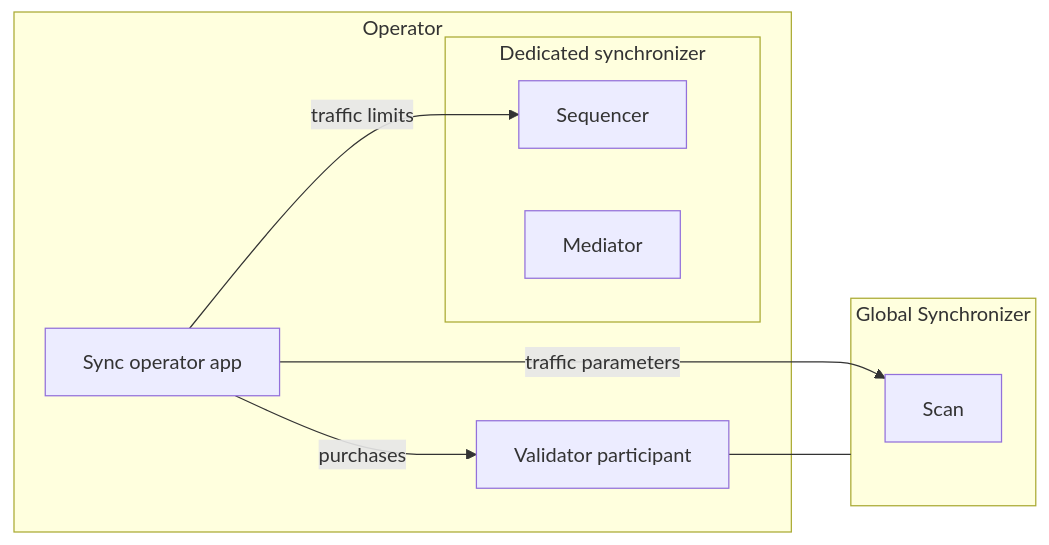
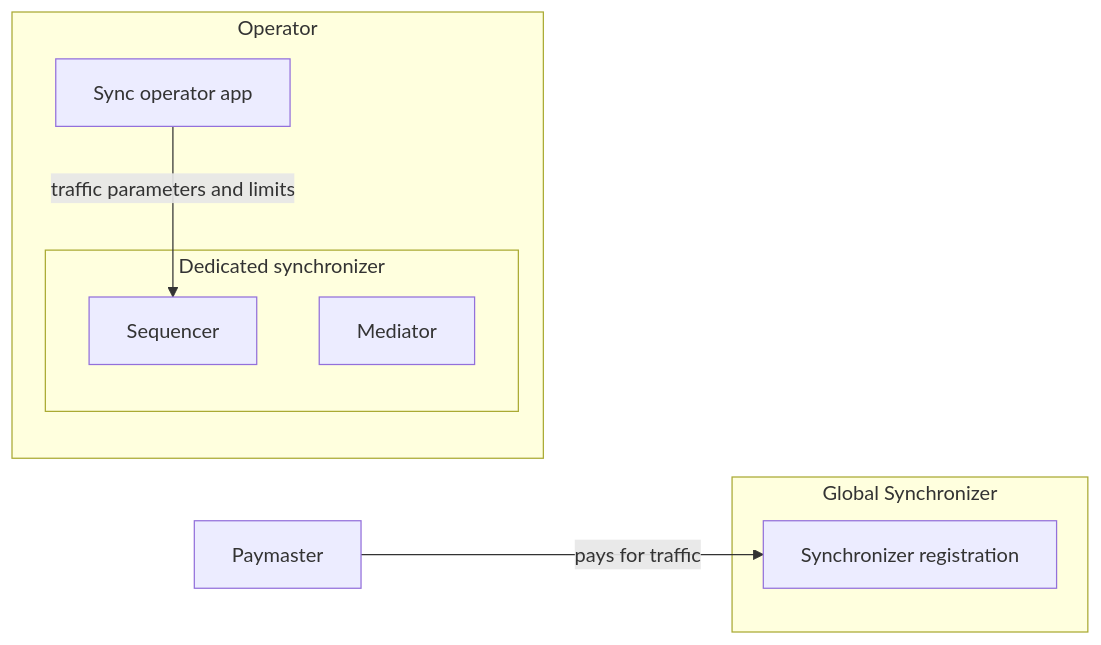
The diagram in docs-main/global-synchronizer/extension-synchronizers/dedicated-synchronizer-deployment.mdx (ChainSafe/cf-docs), drawn with Mermaid before and after one commit. The commit also changed other lines of this file and 8 other files, not shown here.

Commit message:
docs: rewrite the dedicated synchronizer pages for the paymaster model [ci]

````diff
--- a/docs-main/global-synchronizer/extension-synchronizers/dedicated-synchronizer-deployment.mdx
+++ b/docs-main/global-synchronizer/extension-synchronizers/dedicated-synchronizer-deployment.mdx
@@ -16,20 +17,19 @@
 ```mermaid
 flowchart LR
     subgraph GS[Global Synchronizer]
-        SCAN[Scan]
+        REG[Synchronizer registration]
     end
 
+    PM[Paymaster]
+
     subgraph OP[Operator]
-        VAL[Validator participant]
         SOA[Sync operator app]
         subgraph DS[Dedicated synchronizer]
             SEQ[Sequencer]
             MED[Mediator]
         end
     end
 
-    VAL --- GS
-    SOA -->|purchases| VAL
-    SOA -->|traffic parameters| SCAN
-    SOA -->|traffic limits| SEQ
+    PM -->|pays for traffic| REG
+    SOA -->|traffic parameters and limits| SEQ
 ```
````
